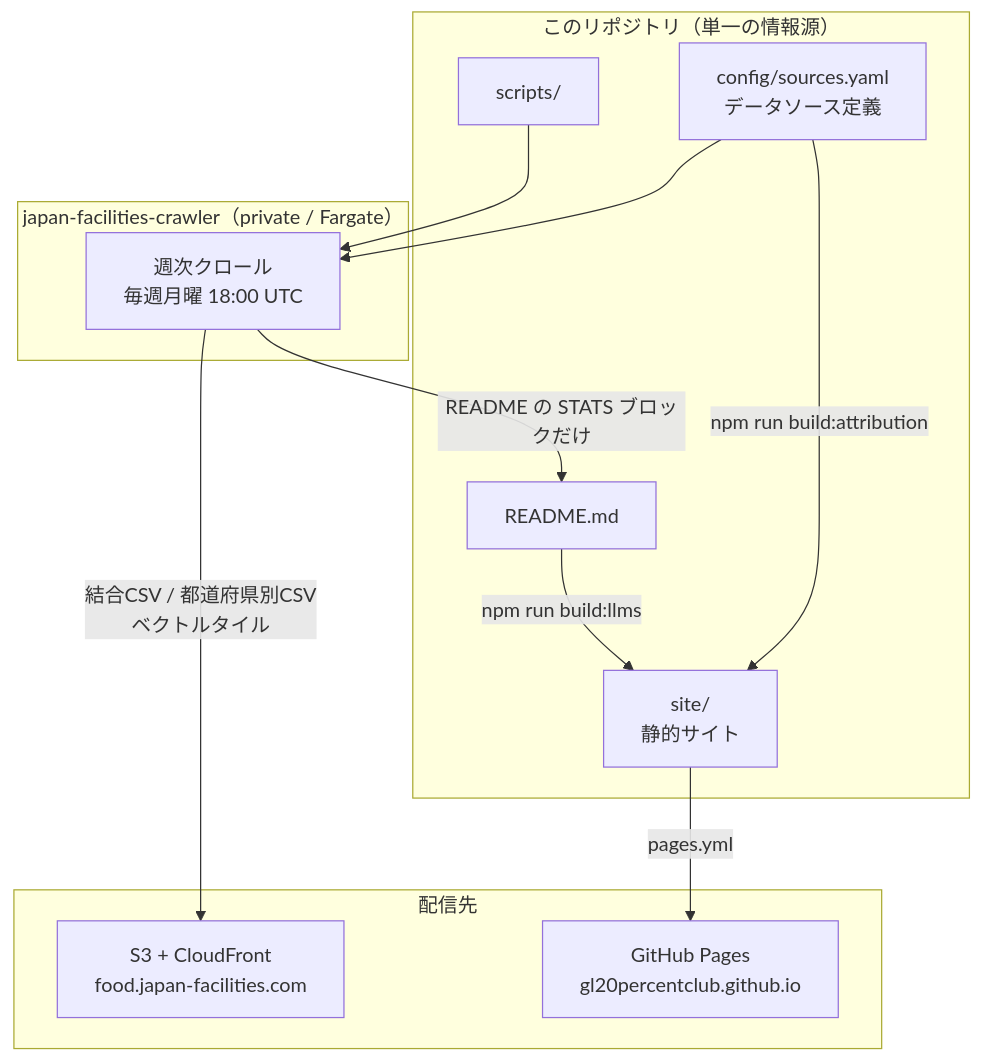
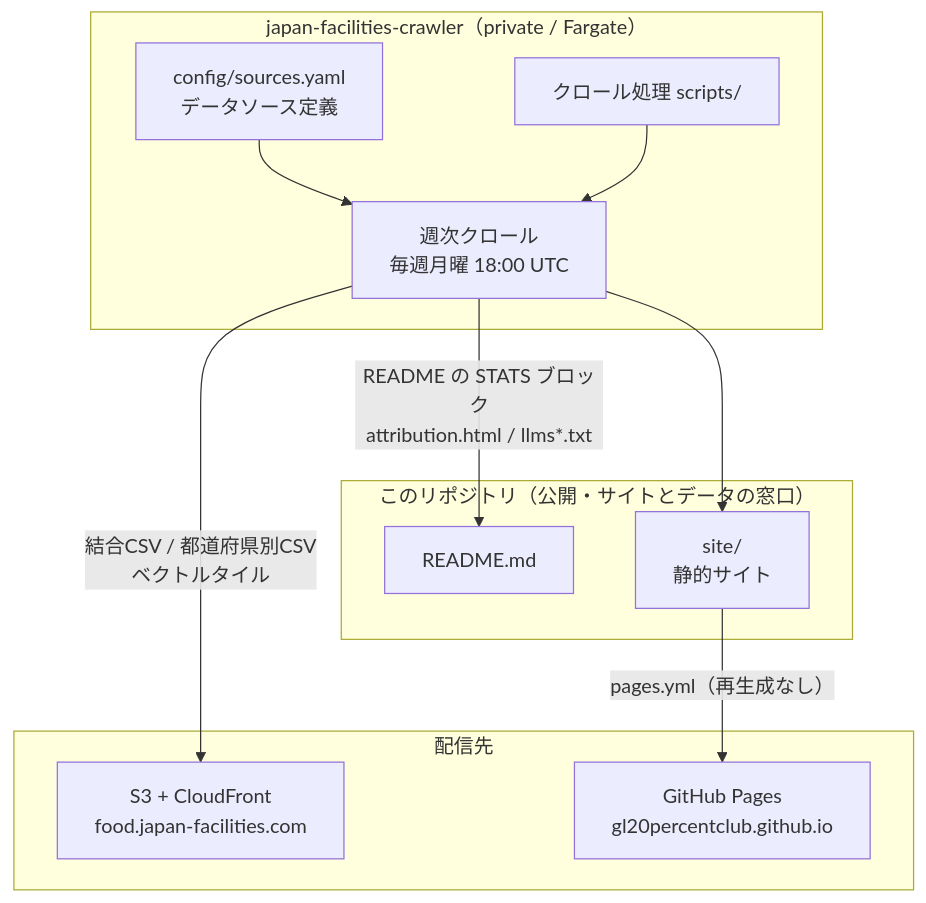
One commit to gl20percentclub/japan-food-facilities changed the diagram in docs/ARCHITECTURE.md. Above: the diagram before and after it, drawn with Mermaid. The commit also changed other lines of this file and 3 other files, not shown here.

````diff
--- a/docs/ARCHITECTURE.md
+++ b/docs/ARCHITECTURE.md
@@ -8,27 +8,26 @@
 ```mermaid
 flowchart TB
-  subgraph src["このリポジトリ（単一の情報源）"]
-    yaml["config/sources.yaml<br/>データソース定義"]
+  subgraph pub["このリポジトリ（公開・サイトとデータの窓口）"]
     readme["README.md"]
-    code["scripts/"]
     site["site/<br/>静的サイト"]
   end
 
   subgraph crawler["japan-facilities-crawler（private / Fargate）"]
+    yaml["config/sources.yaml<br/>データソース定義"]
+    code["クロール処理 scripts/"]
     run["週次クロール<br/>毎週月曜 18:00 UTC"]
   end
 
   subgraph delivery["配信先"]
     s3["S3 + CloudFront<br/>food.japan-facilities.com"]
     ghp["GitHub Pages<br/>gl20percentclub.github.io"]
   end
 
   yaml --> run
   code --> run
   run -->|"結合CSV / 都道府県別CSV<br/>ベクトルタイル"| s3
-  run -->|"README の STATS ブロックだけ"| readme
+  run -->|"README の STATS ブロック<br/>attribution.html / llms*.txt"| readme
+  run --> site
 
-  yaml -->|"npm run build:attribution"| site
-  readme -->|"npm run build:llms"| site
-  site -->|"pages.yml"| ghp
+  site -->|"pages.yml（再生成なし）"| ghp
 ```
````
